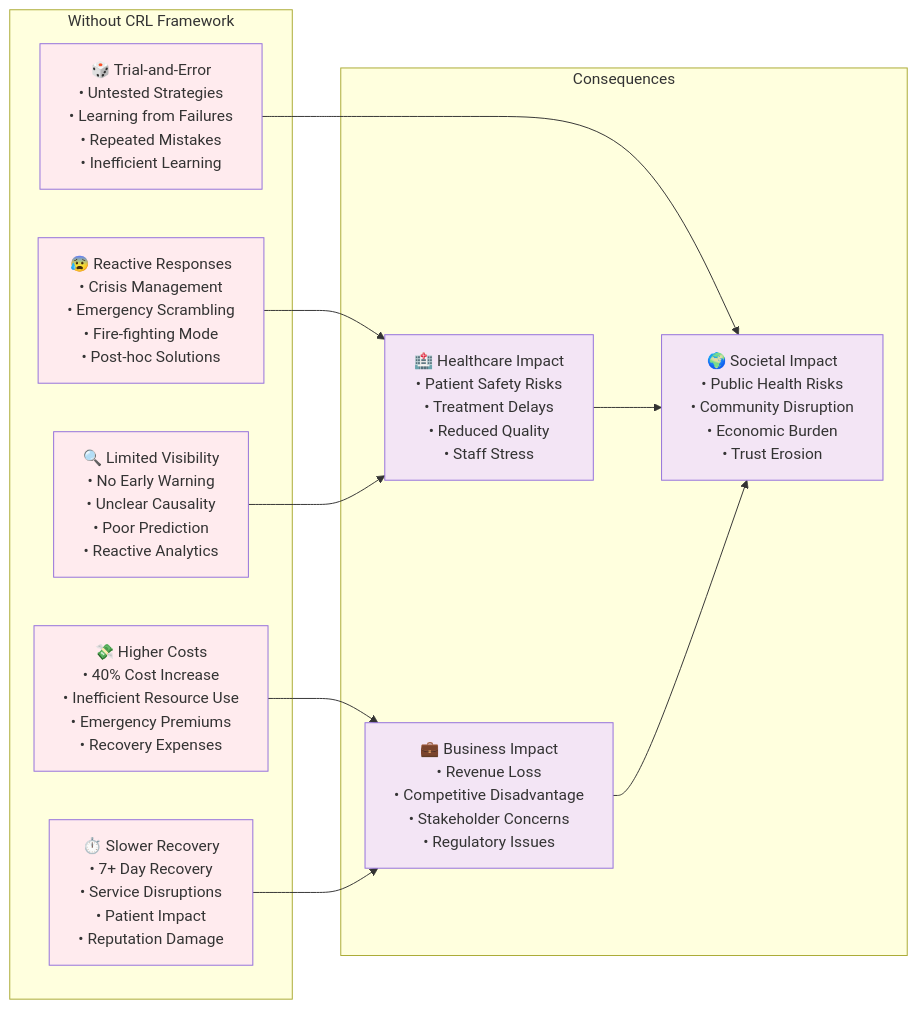
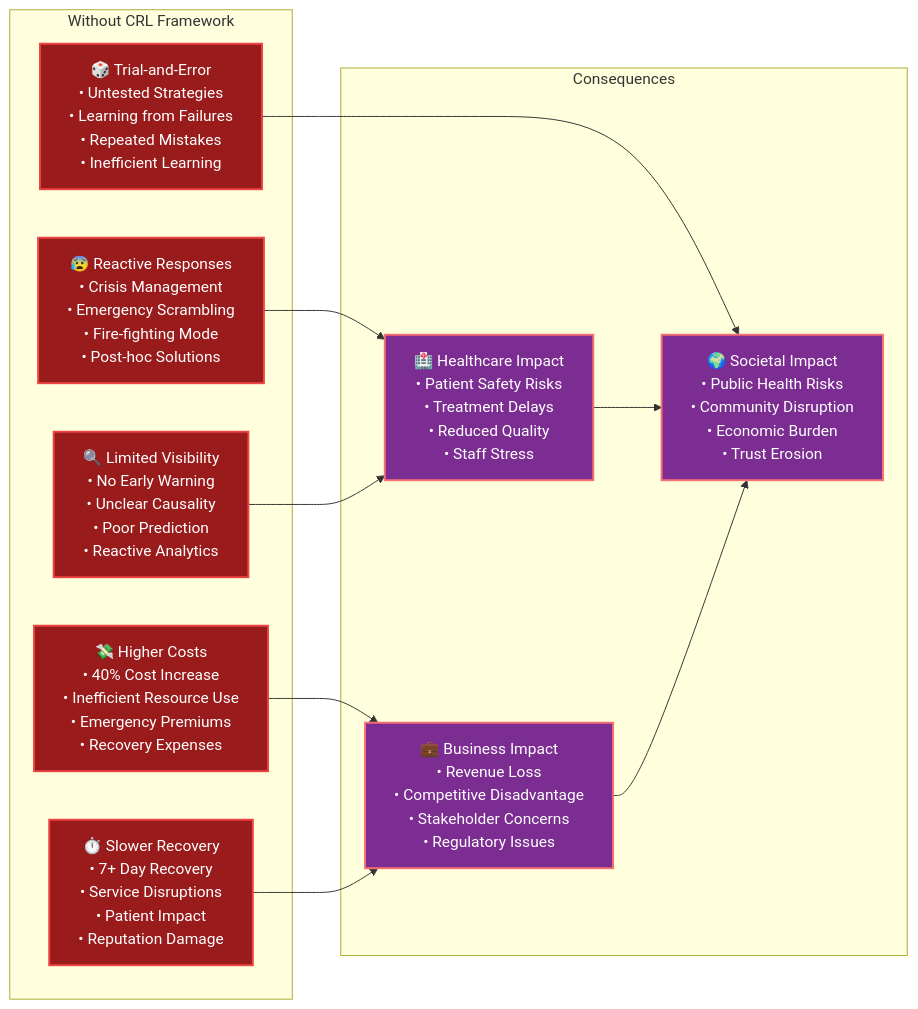
One commit to abhijit-ubale/JBL_stuff changed the sixth of 6 diagrams in README.md. Above: the diagram before and after it, drawn with Mermaid. The commit also changed other lines of this file, not shown here.

````diff
--- a/README.md
+++ b/README.md
@@ -334,36 +334,36 @@
 ```mermaid
 graph LR
     subgraph "Without CRL Framework"
-        L1[😰 Reactive Responses<br/>• Crisis Management<br/>• Emergency Scrambling<br/>• Fire-fighting Mode<br/>• Post-hoc Solutions]
+        L1["😰 Reactive Responses<br/>• Crisis Management<br/>• Emergency Scrambling<br/>• Fire-fighting Mode<br/>• Post-hoc Solutions"]
         
-        L2[🔍 Limited Visibility<br/>• No Early Warning<br/>• Unclear Causality<br/>• Poor Prediction<br/>• Reactive Analytics]
+        L2["🔍 Limited Visibility<br/>• No Early Warning<br/>• Unclear Causality<br/>• Poor Prediction<br/>• Reactive Analytics"]
         
-        L3[💸 Higher Costs<br/>• 40% Cost Increase<br/>• Inefficient Resource Use<br/>• Emergency Premiums<br/>• Recovery Expenses]
+        L3["💸 Higher Costs<br/>• 40% Cost Increase<br/>• Inefficient Resource Use<br/>• Emergency Premiums<br/>• Recovery Expenses"]
         
-        L4[⏱️ Slower Recovery<br/>• 7+ Day Recovery<br/>• Service Disruptions<br/>• Patient Impact<br/>• Reputation Damage]
+        L4["⏱️ Slower Recovery<br/>• 7+ Day Recovery<br/>• Service Disruptions<br/>• Patient Impact<br/>• Reputation Damage"]
         
-        L5[🎲 Trial-and-Error<br/>• Untested Strategies<br/>• Learning from Failures<br/>• Repeated Mistakes<br/>• Inefficient Learning]
+        L5["🎲 Trial-and-Error<br/>• Untested Strategies<br/>• Learning from Failures<br/>• Repeated Mistakes<br/>• Inefficient Learning"]
     end
     
     subgraph "Consequences"
-        C1[🏥 Healthcare Impact<br/>• Patient Safety Risks<br/>• Treatment Delays<br/>• Reduced Quality<br/>• Staff Stress]
+        C1["🏥 Healthcare Impact<br/>• Patient Safety Risks<br/>• Treatment Delays<br/>• Reduced Quality<br/>• Staff Stress"]
         
-        C2[💼 Business Impact<br/>• Revenue Loss<br/>• Competitive Disadvantage<br/>• Stakeholder Concerns<br/>• Regulatory Issues]
+        C2["💼 Business Impact<br/>• Revenue Loss<br/>• Competitive Disadvantage<br/>• Stakeholder Concerns<br/>• Regulatory Issues"]
         
-        C3[🌍 Societal Impact<br/>• Public Health Risks<br/>• Community Disruption<br/>• Economic Burden<br/>• Trust Erosion]
+        C3["🌍 Societal Impact<br/>• Public Health Risks<br/>• Community Disruption<br/>• Economic Burden<br/>• Trust Erosion"]
     end
     
     L1 --> C1
     L2 --> C1
     L3 --> C2
     L4 --> C2
     L5 --> C3
     C1 --> C3
     C2 --> C3
     
-    classDef loss fill:#ffebee
-    classDef consequence fill:#f3e5f5
+    classDef loss fill:#991b1b,stroke:#ef4444,stroke-width:2px,color:#ffffff
+    classDef consequence fill:#7c2d92,stroke:#f87171,stroke-width:2px,color:#ffffff
     
     class L1,L2,L3,L4,L5 loss
     class C1,C2,C3 consequence
 ```
````
